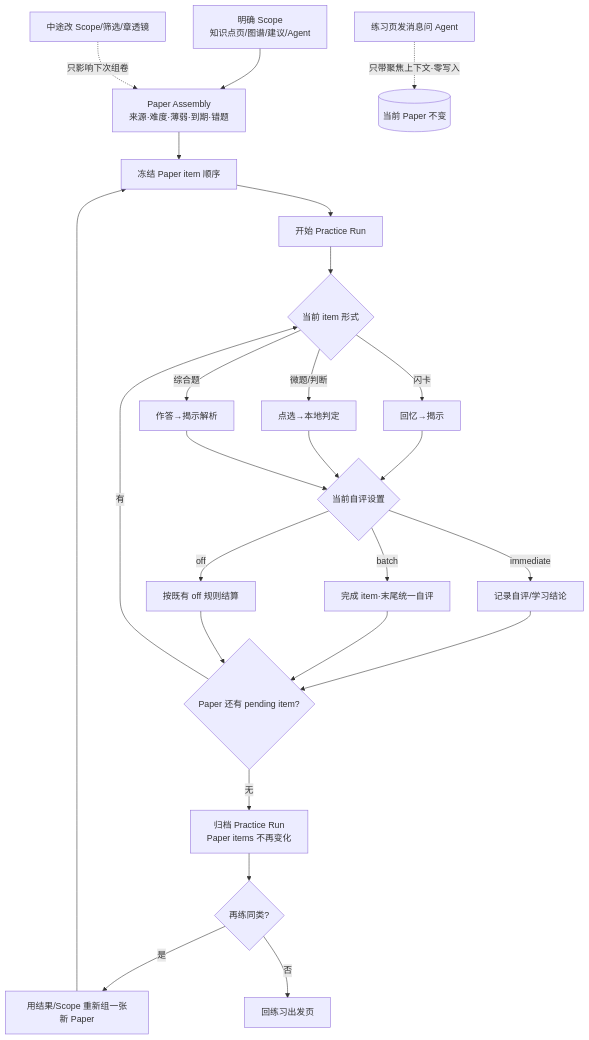
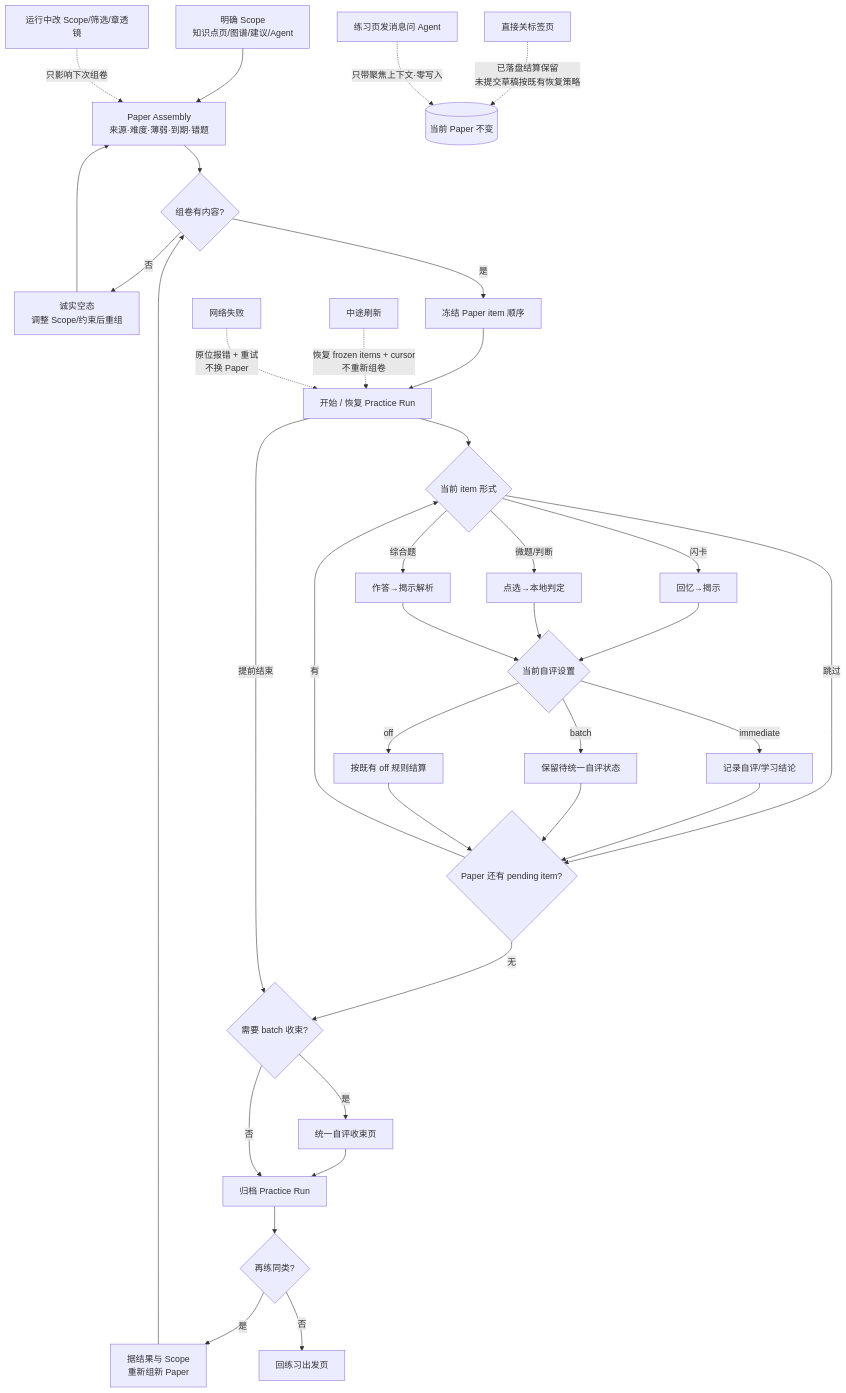
One commit to Amazinnn/Lesson-Kit changed the first of 10 diagrams in docs/action-graph/L4-workflows.md. Above: the diagram before and after it, drawn with Mermaid. The commit also changed other lines of this file and 3 other files, not shown here.

Commit message:
docs: restore Paper practice failure branches

````diff
--- a/docs/action-graph/L4-workflows.md
+++ b/docs/action-graph/L4-workflows.md
@@ -8,22 +8,31 @@
 ```mermaid
 flowchart TD
   A[明确 Scope<br/>知识点页/图谱/建议/Agent] --> B[Paper Assembly<br/>来源·难度·薄弱·到期·错题]
-  B --> C[冻结 Paper item 顺序]
-  C --> D[开始 Practice Run]
-  D --> E{当前 item 形式}
-  E -- 闪卡 --> F[回忆→揭示]
-  E -- 微题/判断 --> G[点选→本地判定]
-  E -- 综合题 --> H[作答→揭示解析]
-  F & G & H --> I{当前自评设置}
-  I -- immediate --> J[记录自评/学习结论]
-  I -- batch --> K[完成 item·末尾统一自评]
-  I -- off --> L[按既有 off 规则结算]
-  J & K & L --> M{Paper 还有 pending item?}
-  M -- 有 --> E
-  M -- 无 --> N[归档 Practice Run<br/>Paper items 不再变化]
-  N --> O{再练同类?}
-  O -- 是 --> B2[用结果/Scope 重新组一张新 Paper] --> C
-  O -- 否 --> P[回练习出发页]
-  X1[中途改 Scope/筛选/章透镜] -.只影响下次组卷.-> B
-  X2[练习页发消息问 Agent] -.只带聚焦上下文·零写入.-> Z[(当前 Paper 不变)]
+  B --> C{组卷有内容?}
+  C -- 否 --> C0[诚实空态<br/>调整 Scope/约束后重组] --> B
+  C -- 是 --> D[冻结 Paper item 顺序]
+  D --> E[开始 / 恢复 Practice Run]
+  E --> F{当前 item 形式}
+  F -- 闪卡 --> G[回忆→揭示]
+  F -- 微题/判断 --> H[点选→本地判定]
+  F -- 综合题 --> I[作答→揭示解析]
+  F -- 跳过 --> N
+  G & H & I --> J{当前自评设置}
+  J -- immediate --> K[记录自评/学习结论]
+  J -- batch --> L[保留待统一自评状态]
+  J -- off --> M[按既有 off 规则结算]
+  K & L & M --> N{Paper 还有 pending item?}
+  N -- 有 --> F
+  N -- 无 --> O{需要 batch 收束?}
+  O -- 是 --> P[统一自评收束页] --> Q[归档 Practice Run]
+  O -- 否 --> Q
+  E -- 提前结束 --> O
+  Q --> R{再练同类?}
+  R -- 是 --> B2[据结果与 Scope<br/>重新组新 Paper] --> C
+  R -- 否 --> S[回练习出发页]
+  X1[中途刷新] -.恢复 frozen items + cursor<br/>不重新组卷.-> E
+  X2[直接关标签页] -.已落盘结算保留<br/>未提交草稿按既有恢复策略.-> Z[(当前 Paper 不变)]
+  X3[网络失败] -.原位报错 + 重试<br/>不换 Paper.-> E
+  X4[运行中改 Scope/筛选/章透镜] -.只影响下次组卷.-> B
+  X5[练习页发消息问 Agent] -.只带聚焦上下文·零写入.-> Z
 ```
````
